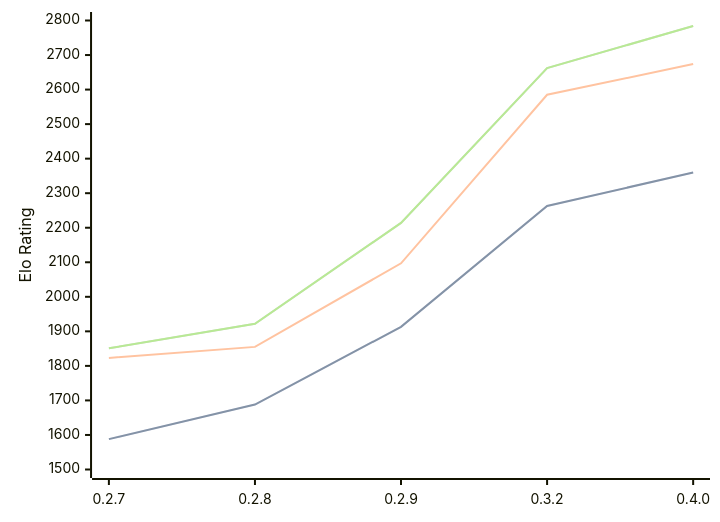
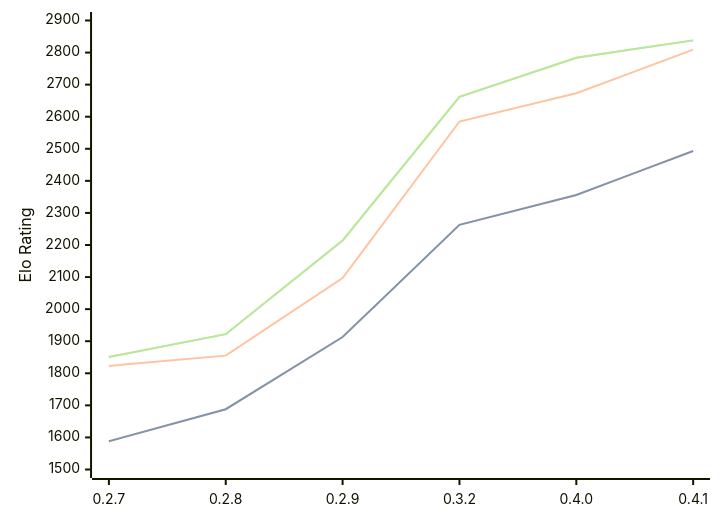
Before and after one commit to computer-chess-index/cci: the diagram in engines/Dual.md, drawn with Mermaid. The commit also changed other lines of this file, not shown here.

Commit message:
Update CCI Ratings (ELO VLTC) - 2026-07-29

````diff
--- a/engines/Dual.md
+++ b/engines/Dual.md
@@ -46,11 +46,11 @@
 ```mermaid
 %%{init: {"theme":"base","themeVariables":{"seriesColors:['#a3a3a3','#222221','#faa371']}}}%%
 xychart-beta
-  x-axis ["0.2.7", "0.2.8", "0.2.9", "0.3.2", "0.4.0"]
-  y-axis "Elo Rating" 1500 --> 2800
-  line "STC (8.0+0.08s)" [1588, 1688, 1913, 2263, 2360]
-  line "STC (8.0+0.08s)" [1588, 1688, 1913, 2263, 2360]
-  line "LTC (60.0+0.60s)" [1823, 1855, 2097, 2585, 2674]
-  line "VLTC (2m24s+1.12s)" [1851, 1922, 2214, 2662, 2784]
-  line "VLTC (2m24s+1.12s)" [1851, 1922, 2214, 2662, 2784]
+  x-axis ["0.2.7", "0.2.8", "0.2.9", "0.3.2", "0.4.0", "0.4.1"]
+  y-axis "Elo Rating" 1500 --> 2900
+  line "STC (8.0+0.08s)" [1588, 1688, 1913, 2263, 2356, 2493]
+  line "STC (8.0+0.08s)" [1588, 1688, 1913, 2263, 2356, 2493]
+  line "LTC (60.0+0.60s)" [1823, 1855, 2097, 2585, 2673, 2809]
+  line "VLTC (2m24s+1.12s)" [1851, 1922, 2214, 2662, 2784, 2838]
+  line "VLTC (2m24s+1.12s)" [1851, 1922, 2214, 2662, 2784, 2838]
 ```
````
